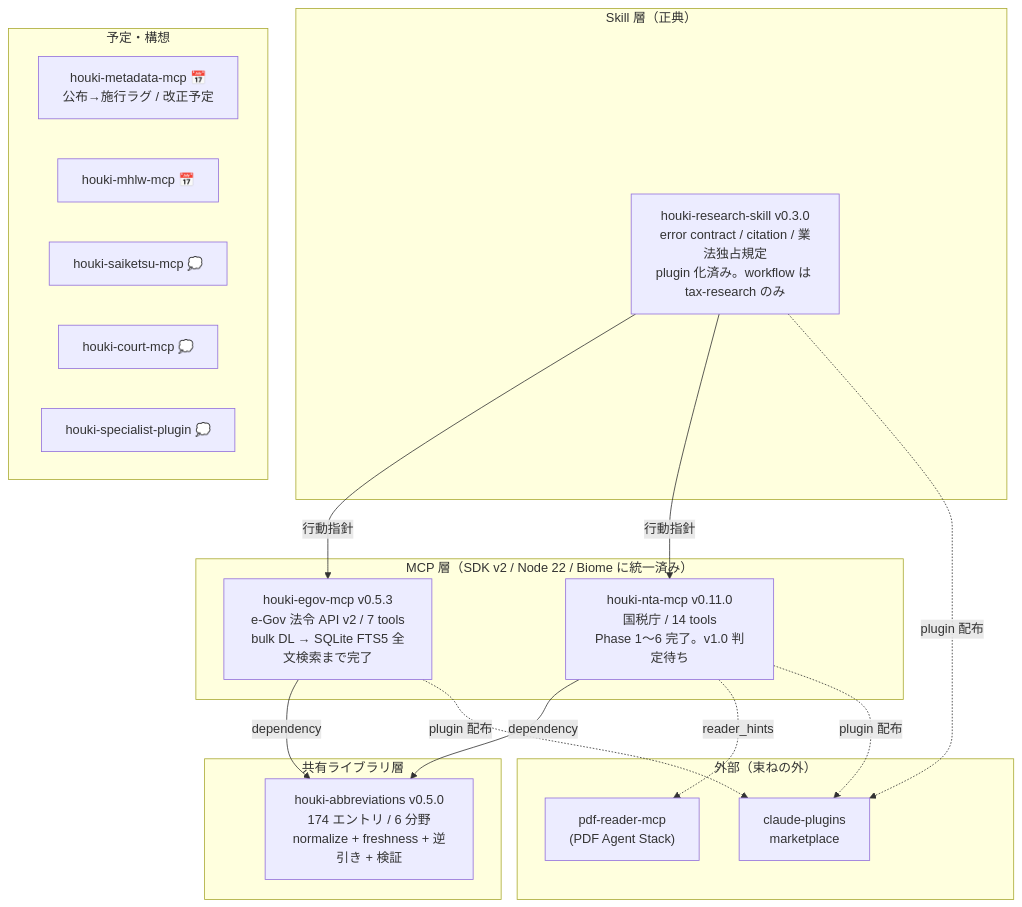
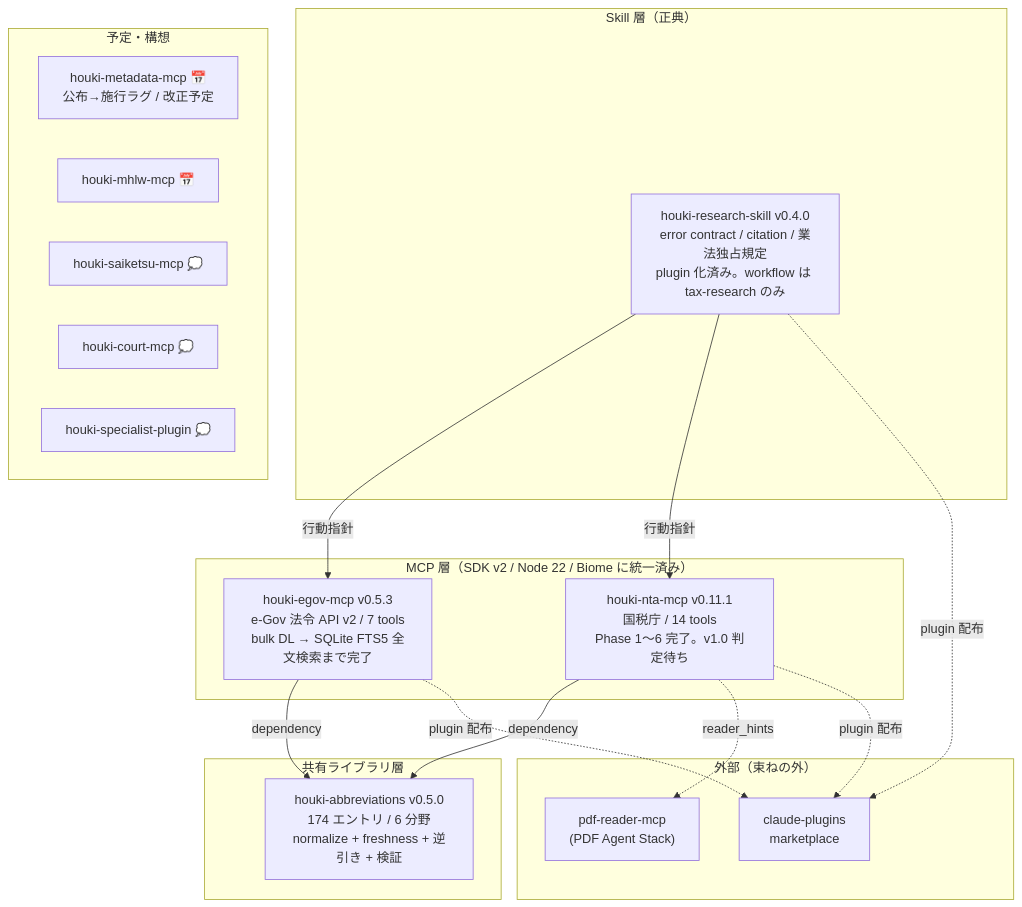
One commit to shuji-bonji/houki-hub changed the diagram in docs/ROADMAP.md. Above: the diagram before and after it, drawn with Mermaid. The commit also changed other lines of this file and 11 other files, not shown here.

First line of the commit message:
docs: houki-nta-mcp 0.11.1（通称の展開）と houki-research 0.4.0 に追随する

````diff
--- a/docs/ROADMAP.md
+++ b/docs/ROADMAP.md
@@ -8,28 +8,28 @@
 ```mermaid
 graph TB
     subgraph Skill層["Skill 層（正典）"]
-        SKILL["houki-research-skill v0.3.0<br/>error contract / citation / 業法独占規定<br/>plugin 化済み。workflow は tax-research のみ"]
+        SKILL["houki-research-skill v0.4.0<br/>error contract / citation / 業法独占規定<br/>plugin 化済み。workflow は tax-research のみ"]
     end
     subgraph MCP層["MCP 層（SDK v2 / Node 22 / Biome に統一済み）"]
         EGOV["houki-egov-mcp v0.5.3<br/>e-Gov 法令 API v2 / 7 tools<br/>bulk DL → SQLite FTS5 全文検索まで完了"]
-        NTA["houki-nta-mcp v0.11.0<br/>国税庁 / 14 tools<br/>Phase 1〜6 完了。v1.0 判定待ち"]
+        NTA["houki-nta-mcp v0.11.1<br/>国税庁 / 14 tools<br/>Phase 1〜6 完了。v1.0 判定待ち"]
     end
     subgraph 共有層["共有ライブラリ層"]
         ABBR["houki-abbreviations v0.5.0<br/>174 エントリ / 6 分野<br/>normalize + freshness + 逆引き + 検証"]
     end
     subgraph 外部["外部（束ねの外）"]
         PDF["pdf-reader-mcp<br/>(PDF Agent Stack)"]
         PLUGINS["claude-plugins<br/>marketplace"]
     end
     SKILL -->|行動指針| EGOV & NTA
     EGOV & NTA -->|dependency| ABBR
     NTA -.->|reader_hints| PDF
     EGOV & NTA & SKILL -.->|plugin 配布| PLUGINS
     subgraph 将来["予定・構想"]
         META["houki-metadata-mcp 📅<br/>公布→施行ラグ / 改正予定"]
         MHLW["houki-mhlw-mcp 📅"]
         SAIKETSU["houki-saiketsu-mcp 💭"]
         COURT["houki-court-mcp 💭"]
         AGENT["houki-specialist-plugin 💭"]
     end
 ```
````
